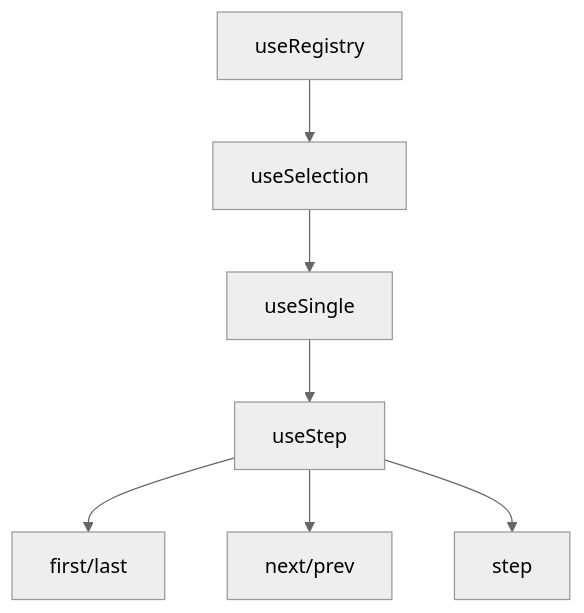
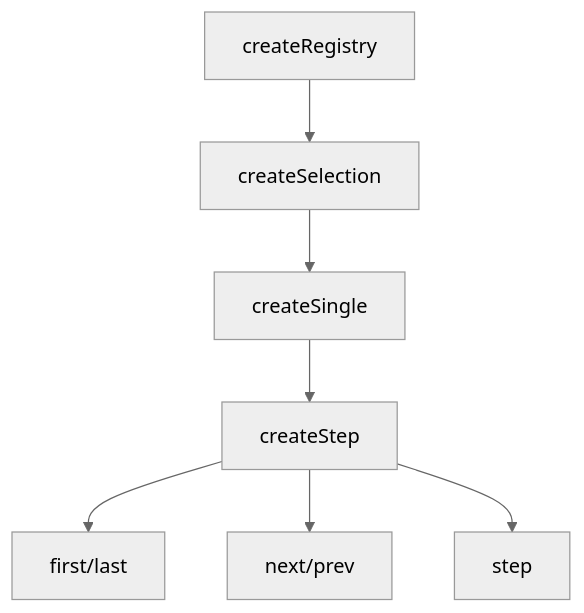
The diagram in apps/docs/src/pages/composables/selection/create-step.md (vuetifyjs/0), drawn with Mermaid (neutral theme) before and after one commit. The commit also changed other lines of this file and 33 other files, not shown here.

````diff
--- a/apps/docs/src/pages/composables/selection/create-step.md
+++ b/apps/docs/src/pages/composables/selection/create-step.md
@@ -64,9 +64,9 @@
 ```mermaid "Step Navigation Hierarchy"
 flowchart TD
-  useRegistry --> useSelection
-  useSelection --> useSingle
-  useSingle --> useStep
-  useStep --> first/last
-  useStep --> next/prev
-  useStep --> step
+  createRegistry --> createSelection
+  createSelection --> createSingle
+  createSingle --> createStep
+  createStep --> first/last
+  createStep --> next/prev
+  createStep --> step
 ```
````
